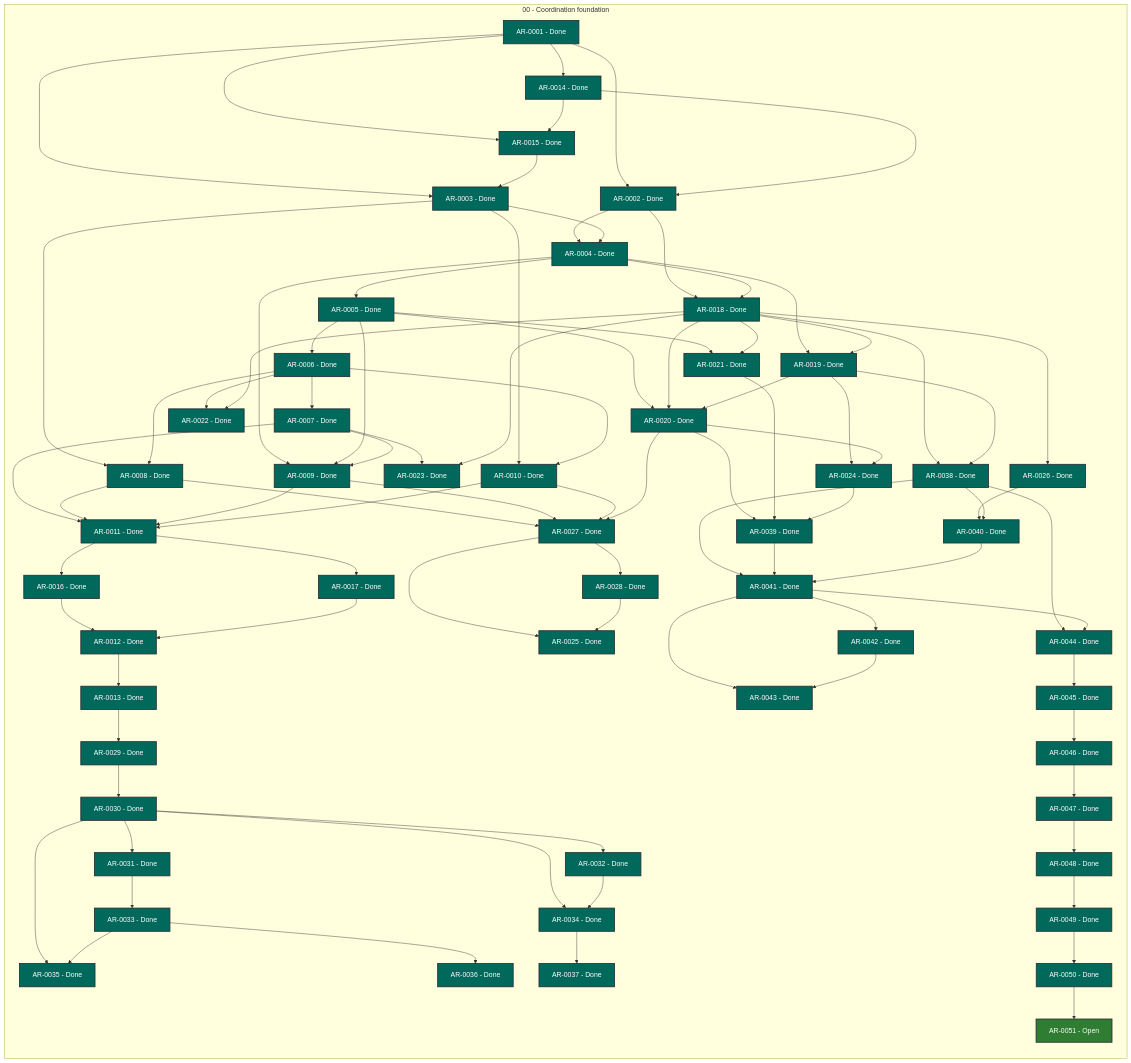
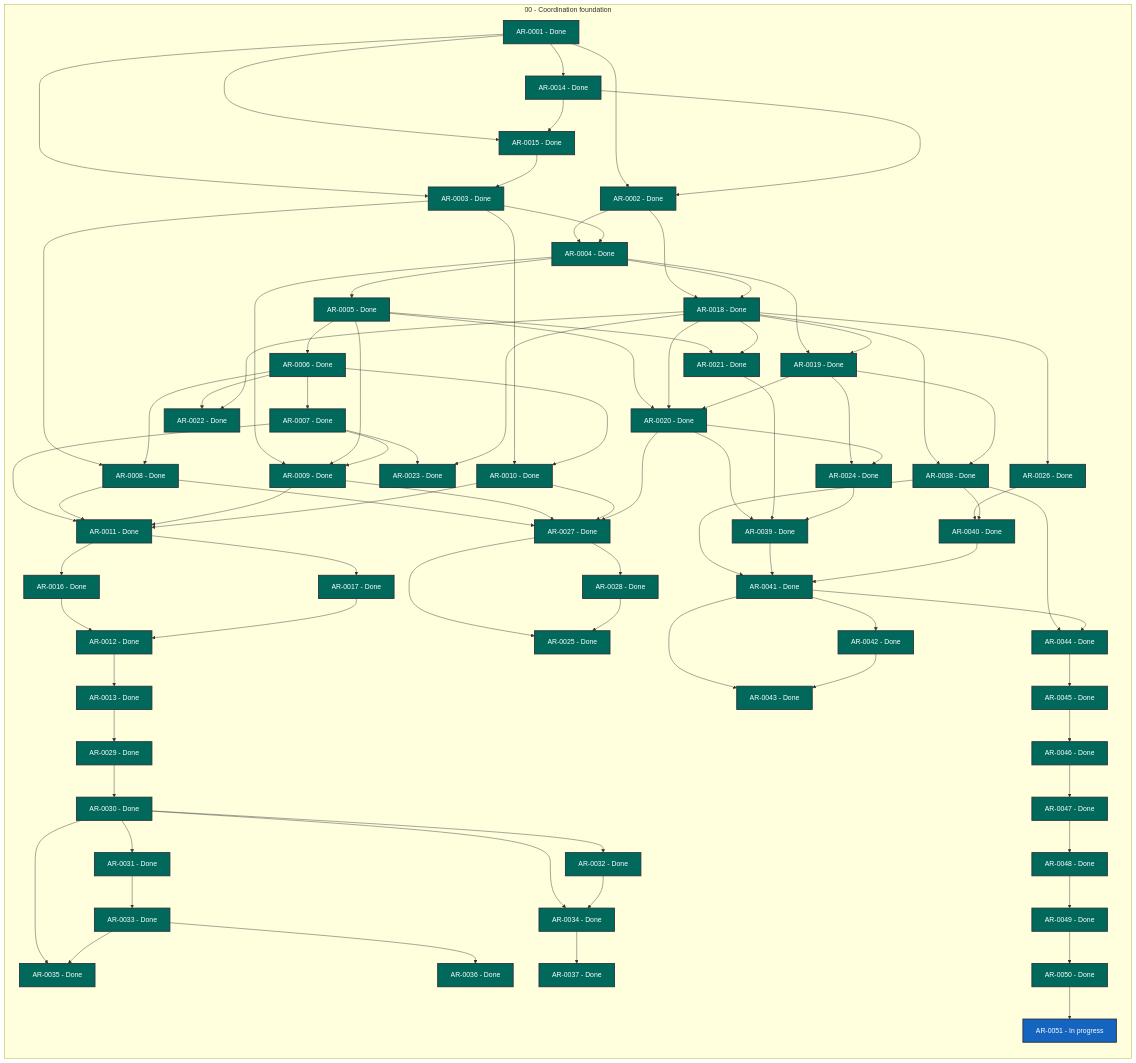
Before and after one commit to martin-beck/agent-workflow-tui-state: the diagram in STATUS.md, drawn with Mermaid. The commit also changed other lines of this file and 2 other files, not shown here.

```diff
--- a/STATUS.md
+++ b/STATUS.md
@@ -78,7 +78,7 @@
         AR_0048["AR-0048 - Done"]:::status_done
         AR_0049["AR-0049 - Done"]:::status_done
         AR_0050["AR-0050 - Done"]:::status_done
-        AR_0051["AR-0051 - Open"]:::status_open
+        AR_0051["AR-0051 - In progress"]:::status_in_progress
     end
     AR_0001 --> AR_0002
     AR_0001 --> AR_0003
```
